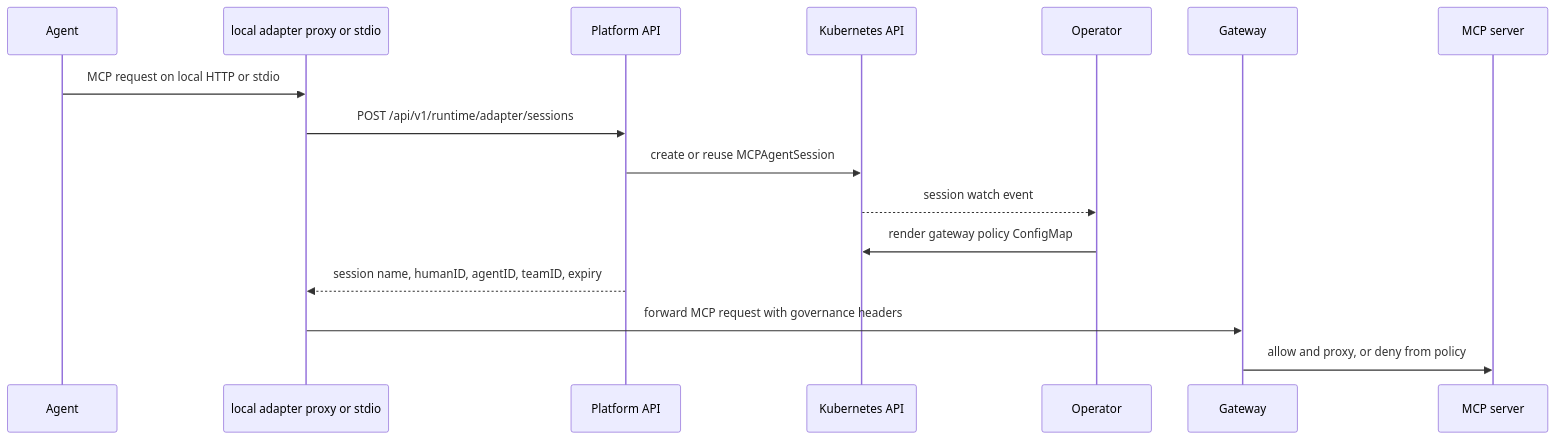
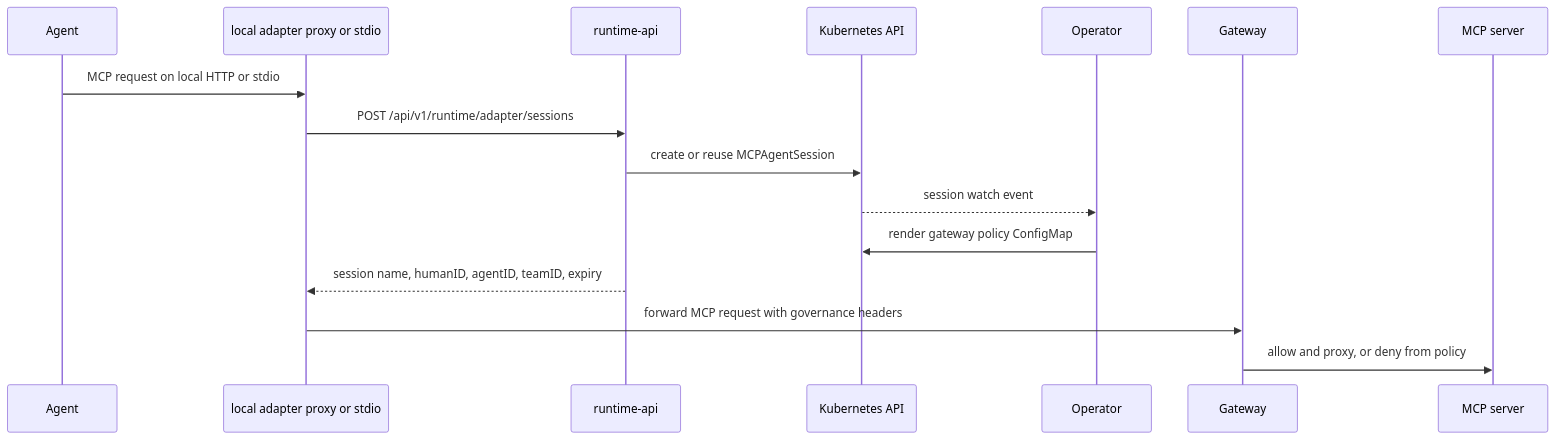
The fourth of 9 diagrams in docs/internals/request-flows.md (Agent-Hellboy/mcp-runtime), drawn with Mermaid before and after one commit. The commit also changed other lines of this file and 24 other files, not shown here.

````diff
--- a/docs/internals/request-flows.md
+++ b/docs/internals/request-flows.md
@@ -121,19 +126,19 @@
 ```mermaid
 sequenceDiagram
     participant Agent
     participant Adapter as local adapter proxy or stdio
-    participant API as Platform API
+    participant API as runtime-api
     participant K8s as Kubernetes API
     participant Operator
     participant Gateway
     participant Server as MCP server
 
     Agent->>Adapter: MCP request on local HTTP or stdio
     Adapter->>API: POST /api/v1/runtime/adapter/sessions
     API->>K8s: create or reuse MCPAgentSession
     K8s-->>Operator: session watch event
     Operator->>K8s: render gateway policy ConfigMap
     API-->>Adapter: session name, humanID, agentID, teamID, expiry
     Adapter->>Gateway: forward MCP request with governance headers
     Gateway->>Server: allow and proxy, or deny from policy
 ```
````
